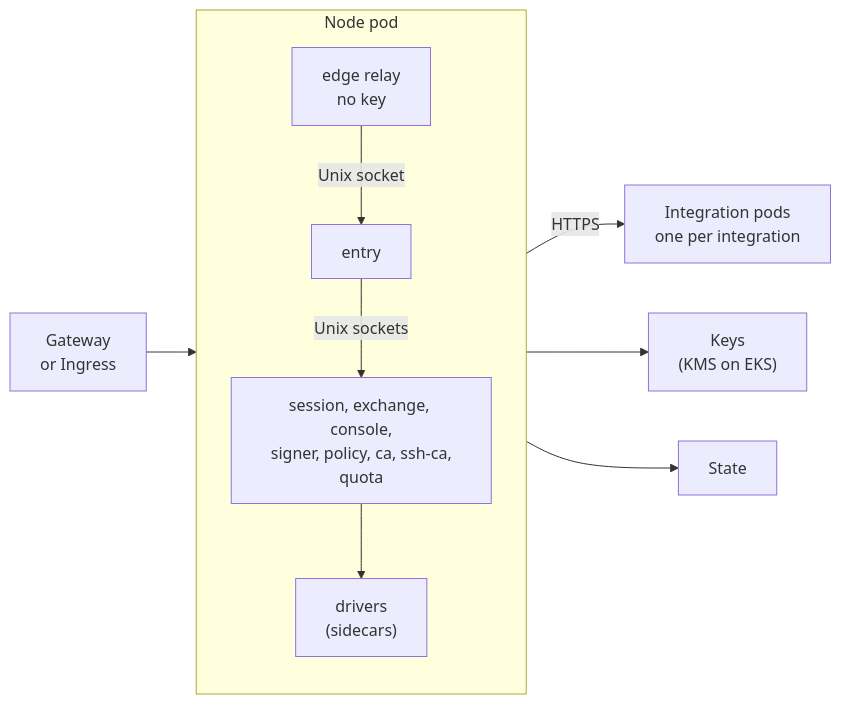
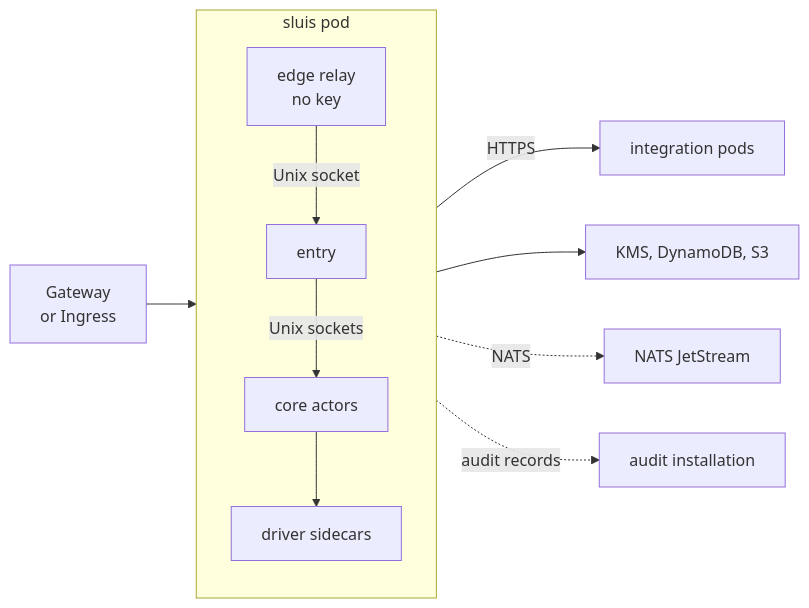
Before and after one commit to truvity/sluis: the diagram in docs/runtimes/kubernetes.md, drawn with Mermaid. The commit also changed other lines of this file and 118 other files, not shown here.

First line of the commit message:
docs: restructure the pages to one fact per page and retire Open decisions

````diff
--- a/docs/runtimes/kubernetes.md
+++ b/docs/runtimes/kubernetes.md
@@ -21,17 +15,18 @@
 ```mermaid
 flowchart LR
-  gw["Gateway<br/>or Ingress"] --> node
-  subgraph node["Node pod"]
+  gw["Gateway<br/>or Ingress"] --> relay
+  subgraph node["sluis pod"]
     direction TB
     relay["edge relay<br/>no key"]
     entry["entry"]
-    core["session, exchange, console,<br/>signer, policy, ca, ssh-ca,<br/>quota"]
-    drv["drivers<br/>(sidecars)"]
+    core["core actors"]
+    drv["driver sidecars"]
     relay -- "Unix socket" --> entry
     entry -- "Unix sockets" --> core
     core --> drv
   end
-  node -- "HTTPS" --> integ["Integration pods<br/>one per integration"]
-  node --> keys["Keys<br/>(KMS on EKS)"]
-  node --> state["State"]
+  core -- "HTTPS" --> integ["integration pods"]
+  drv --> aws["KMS, DynamoDB, S3"]
+  drv -. "NATS" .-> nats["NATS JetStream"]
+  drv -. "audit records" .-> audit["audit installation"]
 ```
````
